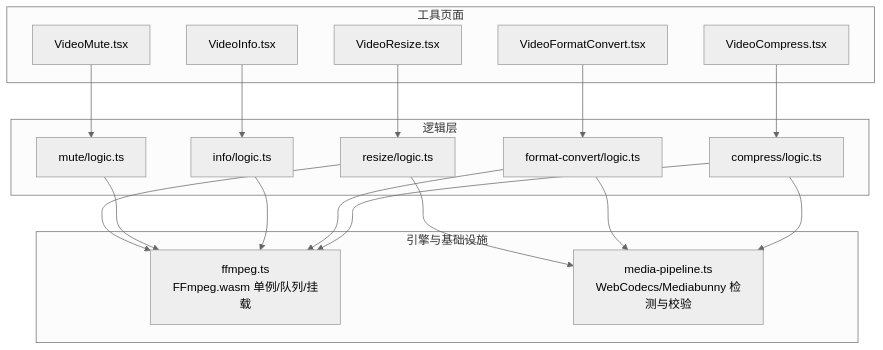
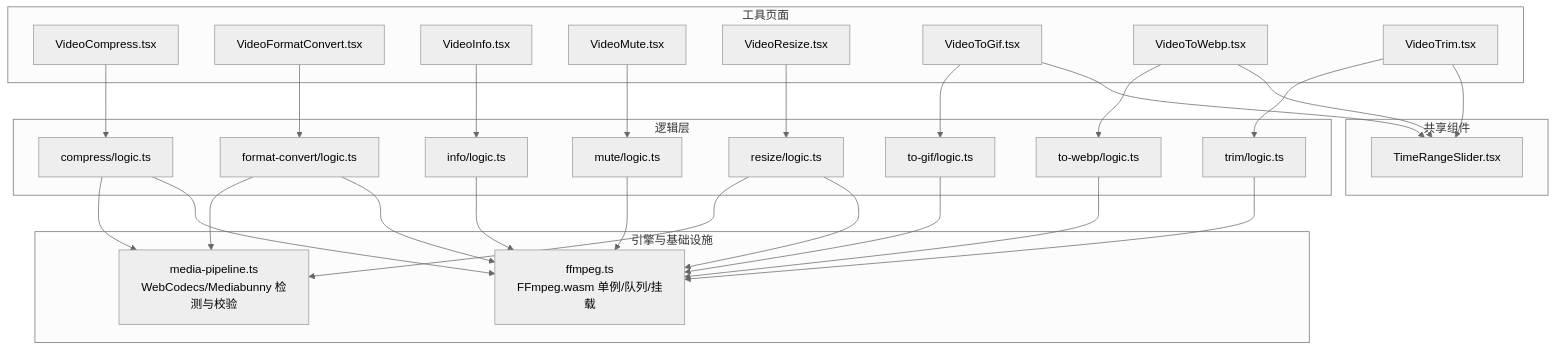
One commit to sgyy/privadeck changed the first of 7 diagrams in .qoder/repowiki/zh/content/视频工具/视频工具.md. Above: the diagram before and after it, drawn with Mermaid (neutral theme). The commit also changed other lines of this file and 3 other files, not shown here.

````diff
--- a/.qoder/repowiki/zh/content/视频工具/视频工具.md
+++ b/.qoder/repowiki/zh/content/视频工具/视频工具.md
@@ -55,34 +72,52 @@
 ```mermaid
 graph TB
 subgraph "工具页面"
 VC["VideoCompress.tsx"]
 VFC["VideoFormatConvert.tsx"]
 VI["VideoInfo.tsx"]
 VM["VideoMute.tsx"]
 VR["VideoResize.tsx"]
+VTG["VideoToGif.tsx"]
+VTW["VideoToWebp.tsx"]
+VTT["VideoTrim.tsx"]
+end
+subgraph "共享组件"
+TRS["TimeRangeSlider.tsx"]
 end
 subgraph "逻辑层"
 L1["compress/logic.ts"]
 L2["format-convert/logic.ts"]
 L3["info/logic.ts"]
 L4["mute/logic.ts"]
 L5["resize/logic.ts"]
+L6["to-gif/logic.ts"]
+L7["to-webp/logic.ts"]
+L8["trim/logic.ts"]
 end
 subgraph "引擎与基础设施"
 FFM["ffmpeg.ts<br/>FFmpeg.wasm 单例/队列/挂载"]
 MP["media-pipeline.ts<br/>WebCodecs/Mediabunny 检测与校验"]
 end
 VC --> L1
 VFC --> L2
 VI --> L3
 VM --> L4
 VR --> L5
+VTG --> TRS
+VTG --> L6
+VTW --> TRS
+VTW --> L7
+VTT --> TRS
+VTT --> L8
 L1 --> FFM
 L2 --> FFM
 L3 --> FFM
 L4 --> FFM
 L5 --> FFM
+L6 --> FFM
+L7 --> FFM
+L8 --> FFM
 L1 --> MP
 L2 --> MP
 L5 --> MP
 ```
````
